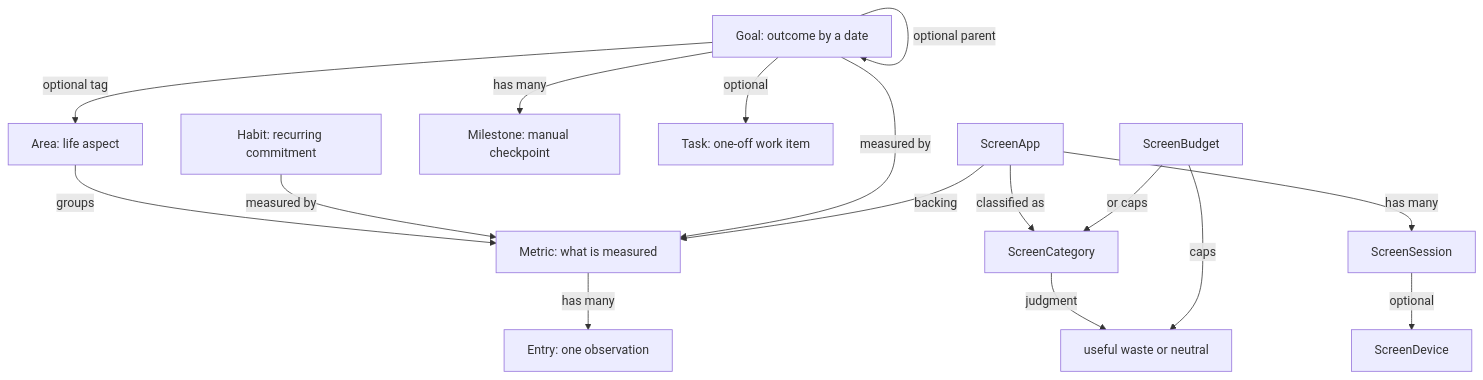
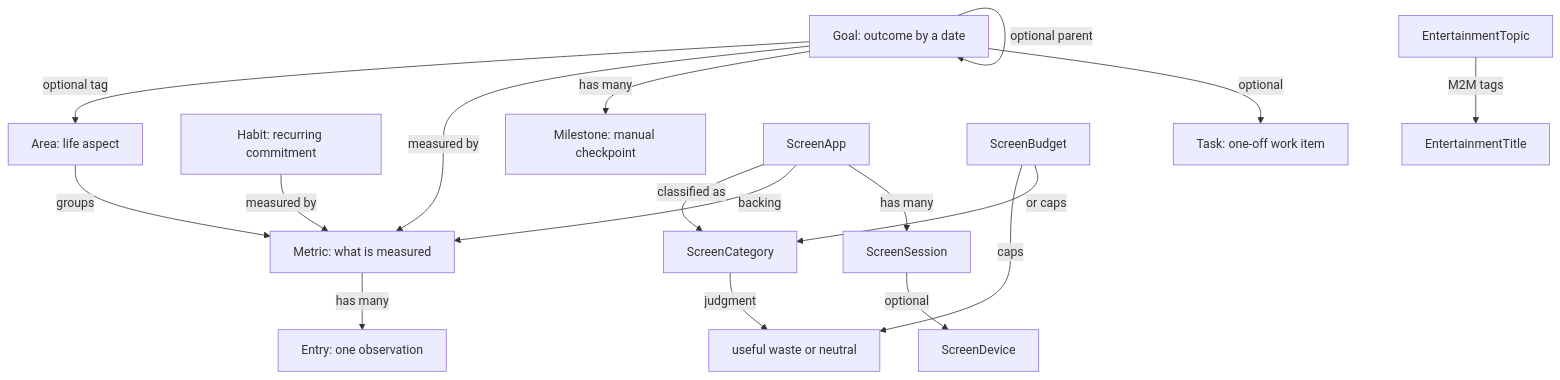
The first of 2 diagrams in docs/architecture.md (gio-white/atlas), drawn with Mermaid before and after one commit. The commit also changed other lines of this file and 40 other files, not shown here.

````diff
--- a/docs/architecture.md
+++ b/docs/architecture.md
@@ -21,18 +21,21 @@
 ```mermaid
 flowchart TD
   Area[Area: life aspect] -->|groups| Metric[Metric: what is measured]
   Metric -->|has many| Entry[Entry: one observation]
   Habit[Habit: recurring commitment] -->|measured by| Metric
   Goal[Goal: outcome by a date] -->|optional tag| Area
   Goal -->|measured by| Metric
   Goal -->|has many| Milestone[Milestone: manual checkpoint]
   Goal -->|optional parent| Goal
   Goal -->|optional| Task[Task: one-off work item]
   ScreenCategory[ScreenCategory] -->|judgment| ScreenJudgment[useful waste or neutral]
   ScreenApp[ScreenApp] -->|classified as| ScreenCategory
   ScreenApp -->|backing| Metric
   ScreenApp -->|has many| ScreenSession[ScreenSession]
   ScreenSession -->|optional| ScreenDevice[ScreenDevice]
   ScreenBudget[ScreenBudget] -->|caps| ScreenJudgment
   ScreenBudget -->|or caps| ScreenCategory
+  EntertainmentTopic[EntertainmentTopic]
+  EntertainmentTitle[EntertainmentTitle]
+  EntertainmentTopic -->|M2M tags| EntertainmentTitle
 ```
````
